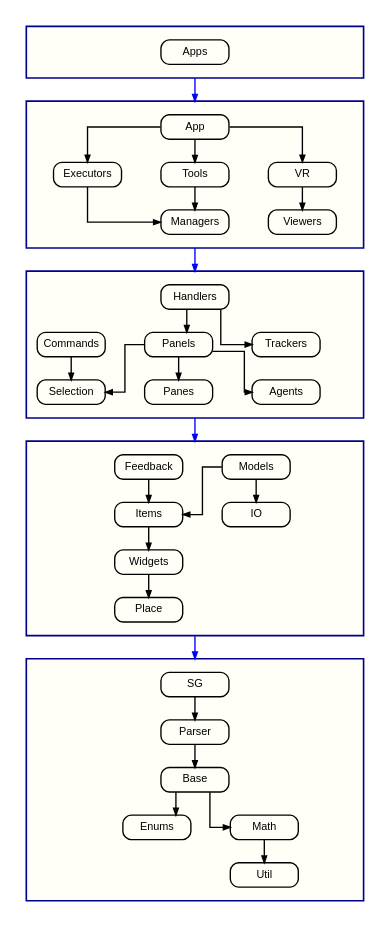
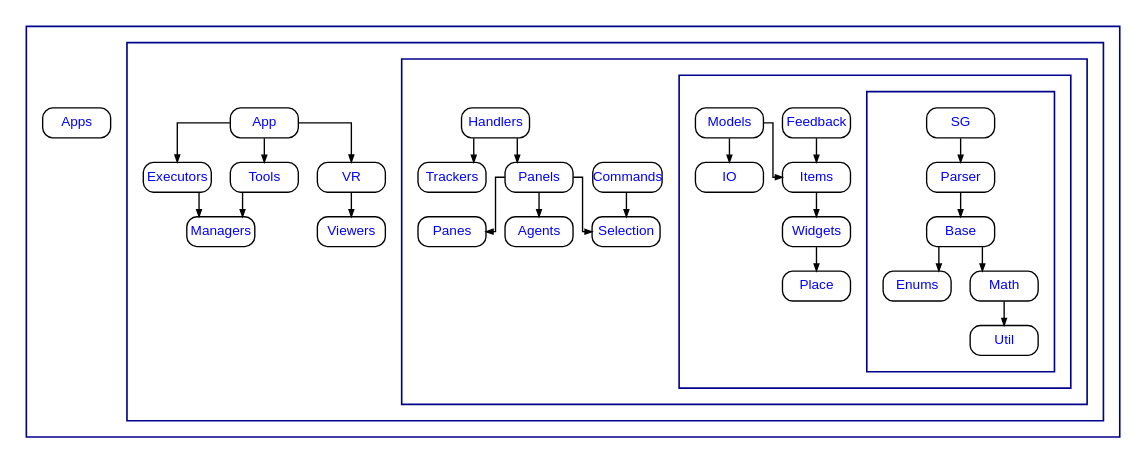
The diagram in InternalDoc/include/moduledependencies.dot (pss959/EasyMaker3D), drawn with Graphviz before and after one commit. The commit also changed 9 other files, not shown here.

Commit message:
Changed the Module layer diagram to nested clusters.  Fixed some InternalDoc problems. Added links in the diagram to modules.

```diff
--- a/InternalDoc/include/moduledependencies.dot
+++ b/InternalDoc/include/moduledependencies.dot
@@ -1,209 +1,108 @@
 strict digraph {
-	graph [compound=true,
-		nodesep=0.4,
+	graph [nodesep=0.2,
 		pencolor=darkblue,
 		penwidth=1.2,
 		rankdir=TB,
-		ranksep=.1,
+		ranksep=0.25,
 		splines=ortho
 	];
-	node [fontname=Arial,
-		fontsize=8,
-		height=0.25,
+	node [fontcolor=blue,
+		fontname=Arial,
+		fontsize=10,
+		height=0.3,
 		margin=0,
 		shape=box,
 		style=rounded,
 		width=0.7
 	];
-	edge [arrowsize=0.5,
-		dir=down,
-		minlen=2
-	];
+	edge [arrowsize=0.5];
 	subgraph cluster_0 {
-		graph [fillcolor="#fffff7",
-			margin=1,
-			style=filled
-		];
-		Apps	[group=0];
-		BOT0	[fixedsize=true,
-			fontsize=.01,
-			height=.01,
-			style=invis,
-			width=3.4];
-		Apps -> BOT0	[minlen=.001,
-			style=invis];
-		TOP0	[fixedsize=true,
-			fontsize=.01,
-			height=.01,
-			style=invis,
-			width=3.4];
-		TOP0 -> Apps	[minlen=.001,
-			style=invis];
-	}
-	subgraph cluster_1 {
-		graph [fillcolor="#fffff7",
-			margin=1,
-			style=filled
-		];
-		App	[group=1];
-		Executors	[group=1];
-		App -> Executors;
-		Tools	[group=1];
-		App -> Tools;
-		VR	[group=1];
-		App -> VR;
-		Managers	[group=1];
-		Executors -> Managers;
-		BOT1	[fixedsize=true,
-			fontsize=.01,
-			height=.01,
-			style=invis,
-			width=3.4];
-		Managers -> BOT1	[minlen=.001,
-			style=invis];
-		Tools -> Managers;
-		Viewers	[group=1];
-		VR -> Viewers;
-		Viewers -> BOT1	[minlen=.001,
-			style=invis];
-		TOP1	[fixedsize=true,
-			fontsize=.01,
-			height=.01,
-			style=invis,
-			width=3.4];
-		TOP1 -> App	[minlen=.001,
-			style=invis];
-	}
-	subgraph cluster_2 {
-		graph [fillcolor="#fffff7",
-			margin=1,
-			style=filled
-		];
-		Agents	[group=2];
-		BOT2	[fixedsize=true,
-			fontsize=.01,
-			height=.01,
-			style=invis,
-			width=3.4];
-		Agents -> BOT2	[minlen=.001,
-			style=invis];
-		Commands	[group=2];
-		Selection	[group=2];
-		Commands -> Selection;
-		Handlers	[group=2];
-		Trackers	[group=2];
-		Handlers -> Trackers;
-		Panels	[group=2];
-		Handlers -> Panels;
-		Trackers -> BOT2	[minlen=.001,
-			style=invis];
-		Panels -> Agents;
-		Panes	[group=2];
-		Panels -> Panes;
-		Panels -> Selection;
-		Panes -> BOT2	[minlen=.001,
-			style=invis];
-		Selection -> BOT2	[minlen=.001,
-			style=invis];
-		TOP2	[fixedsize=true,
-			fontsize=.01,
-			height=.01,
-			style=invis,
-			width=3.4];
-		TOP2 -> Commands	[minlen=.001,
-			style=invis];
-		TOP2 -> Handlers	[minlen=.001,
-			style=invis];
-	}
-	subgraph cluster_3 {
-		graph [fillcolor="#fffff7",
-			margin=1,
-			style=filled
-		];
-		Feedback	[group=3];
-		Items	[group=3];
-		Feedback -> Items;
-		IO	[group=3];
-		BOT3	[fixedsize=true,
-			fontsize=.01,
-			height=.01,
-			style=invis,
-			width=3.4];
-		IO -> BOT3	[minlen=.001,
-			style=invis];
-		Widgets	[group=3];
-		Items -> Widgets;
-		Models	[group=3];
-		Models -> IO;
-		Models -> Items;
-		Place	[group=3];
-		Place -> BOT3	[minlen=.001,
-			style=invis];
-		Widgets -> Place;
-		TOP3	[fixedsize=true,
-			fontsize=.01,
-			height=.01,
-			style=invis,
-			width=3.4];
-		TOP3 -> Feedback	[minlen=.001,
-			style=invis];
-		TOP3 -> Models	[minlen=.001,
-			style=invis];
-	}
-	subgraph cluster_4 {
-		graph [fillcolor="#fffff7",
-			margin=1,
-			style=filled
-		];
-		Base	[group=4];
-		Enums	[group=4];
-		Base -> Enums;
-		Math	[group=4];
-		Base -> Math;
-		BOT4	[fixedsize=true,
-			fontsize=.01,
-			height=.01,
-			style=invis,
-			width=3.4];
-		Enums -> BOT4	[minlen=.001,
-			style=invis];
-		Util	[group=4];
-		Math -> Util;
-		Parser	[group=4];
-		Parser -> Base;
-		SG	[group=4];
-		SG -> Parser;
-		Util -> BOT4	[minlen=.001,
-			style=invis];
-		TOP4	[fixedsize=true,
-			fontsize=.01,
-			height=.01,
-			style=invis,
-			width=3.4];
-		TOP4 -> SG	[minlen=.001,
-			style=invis];
-	}
-	subgraph InterGroup {
-		edge [color=blue];
-		BOT0;
-		TOP1;
-		BOT0 -> TOP1	[color=blue,
-			lhead=cluster_1,
-			ltail=cluster_0];
-		BOT1;
-		TOP2;
-		BOT1 -> TOP2	[color=blue,
-			lhead=cluster_2,
-			ltail=cluster_1];
-		BOT2;
-		TOP3;
-		BOT2 -> TOP3	[color=blue,
-			lhead=cluster_3,
-			ltail=cluster_2];
-		BOT3;
-		TOP4;
-		BOT3 -> TOP4	[color=blue,
-			lhead=cluster_4,
-			ltail=cluster_3];
+		graph [margin=12];
+		subgraph cluster_1 {
+			graph [margin=12];
+			subgraph cluster_2 {
+				graph [margin=12];
+				subgraph cluster_3 {
+					graph [margin=12];
+					subgraph cluster_4 {
+						graph [margin=12];
+						Base	[URL="\ref Base",
+							group=4];
+						Enums	[URL="\ref Enums",
+							group=4];
+						Base -> Enums;
+						Math	[URL="\ref Math",
+							group=4];
+						Base -> Math;
+						Util	[URL="\ref Util",
+							group=4];
+						Math -> Util;
+						Parser	[URL="\ref Parser",
+							group=4];
+						Parser -> Base;
+						SG	[URL="\ref SG",
+							group=4];
+						SG -> Parser;
+					}
+					Feedback	[URL="\ref Feedback",
+						group=3];
+					Items	[URL="\ref Items",
+						group=3];
+					Feedback -> Items;
+					IO	[URL="\ref IO",
+						group=3];
+					Widgets	[URL="\ref Widgets",
+						group=3];
+					Items -> Widgets;
+					Models	[URL="\ref Models",
+						group=3];
+					Models -> IO;
+					Models -> Items;
+					Place	[URL="\ref Place",
+						group=3];
+					Widgets -> Place;
+				}
+				Agents	[URL="\ref Agents",
+					group=2];
+				Commands	[URL="\ref Commands",
+					group=2];
+				Selection	[URL="\ref Selection",
+					group=2];
+				Commands -> Selection;
+				Handlers	[URL="\ref Handlers",
+					group=2];
+				Trackers	[URL="\ref Trackers",
+					group=2];
+				Handlers -> Trackers;
+				Panels	[URL="\ref Panels",
+					group=2];
+				Handlers -> Panels;
+				Panels -> Agents;
+				Panes	[URL="\ref Panes",
+					group=2];
+				Panels -> Panes;
+				Panels -> Selection;
+			}
+			App	[URL="\ref App",
+				group=1];
+			Executors	[URL="\ref Executors",
+				group=1];
+			App -> Executors;
+			Tools	[URL="\ref Tools",
+				group=1];
+			App -> Tools;
+			VR	[URL="\ref VR",
+				group=1];
+			App -> VR;
+			Managers	[URL="\ref Managers",
+				group=1];
+			Executors -> Managers;
+			Tools -> Managers;
+			Viewers	[URL="\ref Viewers",
+				group=1];
+			VR -> Viewers;
+		}
+		Apps	[URL="\ref Apps",
+			group=0];
 	}
 }
```
